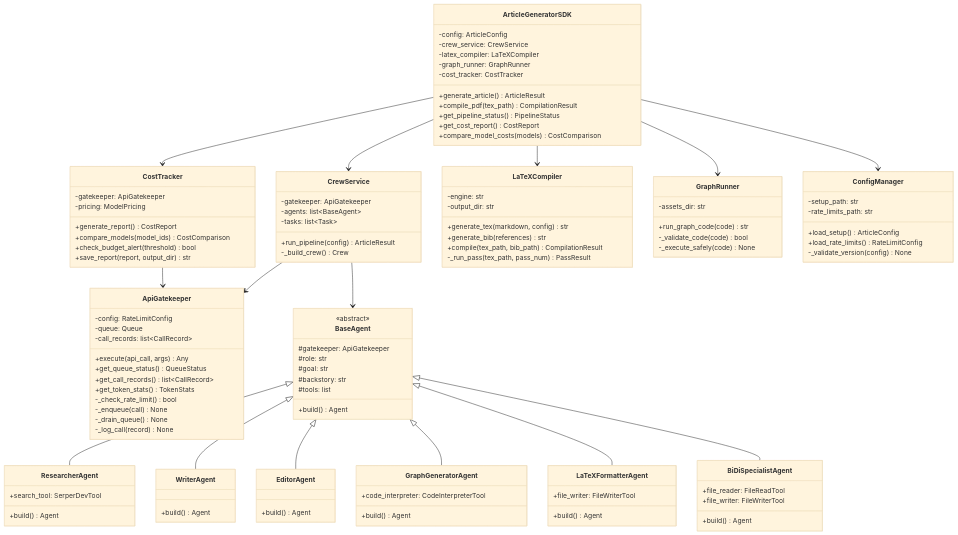
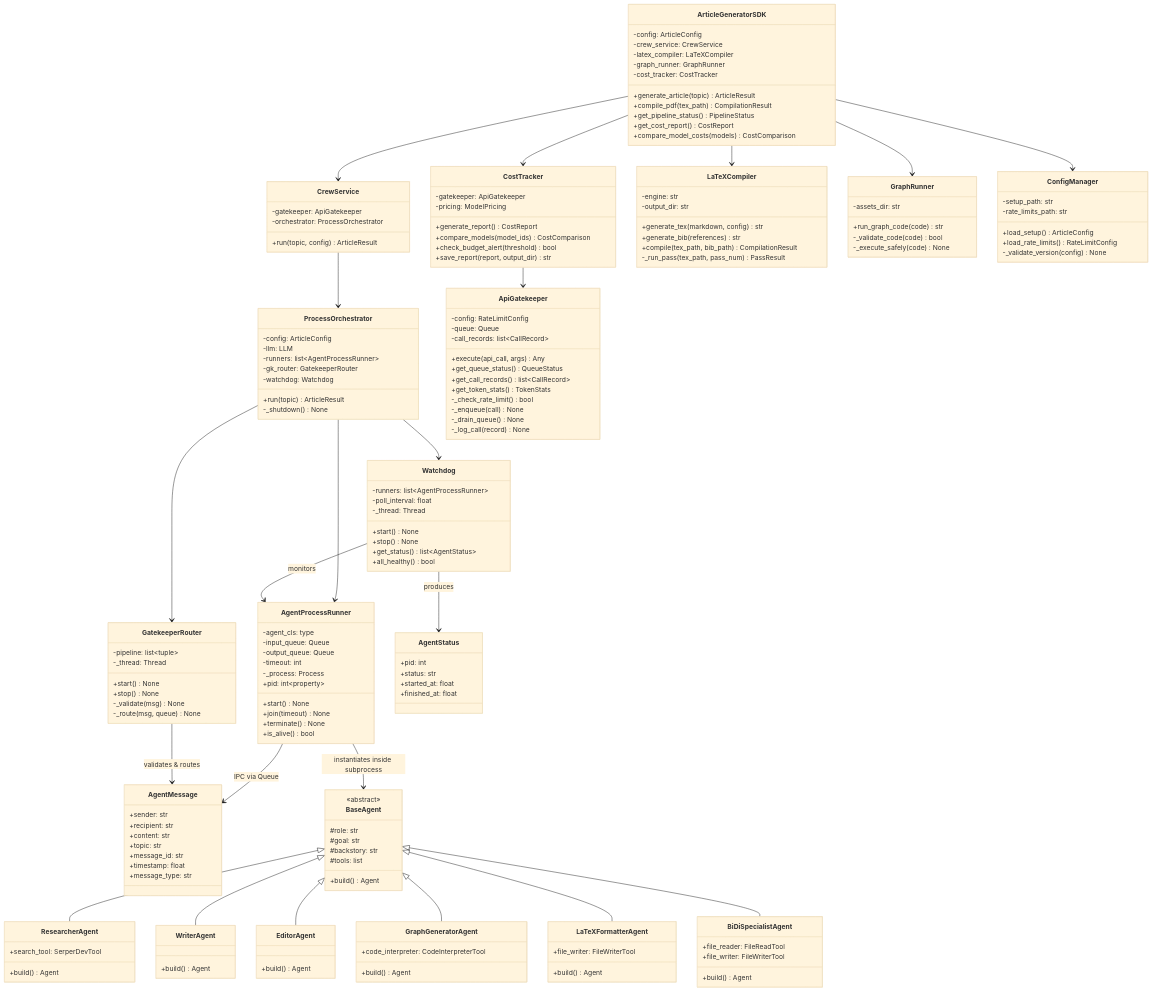
Before and after one commit to ndvp39/AI-Article-Generator-Article-Production-System-using-CrewAI-and-LaTeX: the fifth of 6 diagrams in docs/PLAN.md, drawn with Mermaid (base theme). The commit also changed other lines of this file and 24 other files, not shown here.

First line of the commit message:
Complete Phase 3.5 — multi-process architecture overhaul (T-C01 through T-C19)

```diff
--- a/docs/PLAN.md
+++ b/docs/PLAN.md
@@ -430,7 +640,7 @@
         -latex_compiler: LaTeXCompiler
         -graph_runner: GraphRunner
         -cost_tracker: CostTracker
-        +generate_article() ArticleResult
+        +generate_article(topic) ArticleResult
         +compile_pdf(tex_path) CompilationResult
         +get_pipeline_status() PipelineStatus
         +get_cost_report() CostReport
@@ -439,10 +649,67 @@
 
     class CrewService {
         -gatekeeper: ApiGatekeeper
-        -agents: list~BaseAgent~
-        -tasks: list~Task~
-        +run_pipeline(config) ArticleResult
-        -_build_crew() Crew
+        -orchestrator: ProcessOrchestrator
+        +run(topic, config) ArticleResult
+    }
+
+    class ProcessOrchestrator {
+        -config: ArticleConfig
+        -llm: LLM
+        -runners: list~AgentProcessRunner~
+        -gk_router: GatekeeperRouter
+        -watchdog: Watchdog
+        +run(topic) ArticleResult
+        -_shutdown() None
+    }
+
+    class AgentProcessRunner {
+        -agent_cls: type
+        -input_queue: Queue
+        -output_queue: Queue
+        -timeout: int
+        -_process: Process
+        +start() None
+        +join(timeout) None
+        +terminate() None
+        +is_alive() bool
+        +pid: int~property~
+    }
+
+    class GatekeeperRouter {
+        -pipeline: list~tuple~
+        -_thread: Thread
+        +start() None
+        +stop() None
+        -_validate(msg) None
+        -_route(msg, queue) None
+    }
+
+    class Watchdog {
+        -runners: list~AgentProcessRunner~
+        -poll_interval: float
+        -_thread: Thread
+        +start() None
+        +stop() None
+        +get_status() list~AgentStatus~
+        +all_healthy() bool
+    }
+
+    class AgentMessage {
+        +sender: str
+        +recipient: str
+        +content: str
+        +topic: str
+        +message_id: str
+        +timestamp: float
+        +message_type: str
+    }
+
+    class AgentStatus {
+        +pid: int
+        +status: str
+        +started_at: float
+        +finished_at: float
     }
 
     class ApiGatekeeper {
@@ -494,7 +761,6 @@
 
     class BaseAgent {
         <<abstract>>
-        #gatekeeper: ApiGatekeeper
         #role: str
         #goal: str
         #backstory: str
@@ -532,8 +798,15 @@
     ArticleGeneratorSDK --> ConfigManager
     ArticleGeneratorSDK --> CostTracker
     CostTracker --> ApiGatekeeper
-    CrewService --> ApiGatekeeper
-    CrewService --> BaseAgent
+    CrewService --> ProcessOrchestrator
+    ProcessOrchestrator --> AgentProcessRunner
+    ProcessOrchestrator --> GatekeeperRouter
+    ProcessOrchestrator --> Watchdog
+    AgentProcessRunner --> AgentMessage : IPC via Queue
+    GatekeeperRouter --> AgentMessage : validates & routes
+    Watchdog --> AgentProcessRunner : monitors
+    Watchdog --> AgentStatus : produces
+    AgentProcessRunner --> BaseAgent : instantiates inside subprocess
     BaseAgent <|-- ResearcherAgent
     BaseAgent <|-- WriterAgent
     BaseAgent <|-- EditorAgent
```
